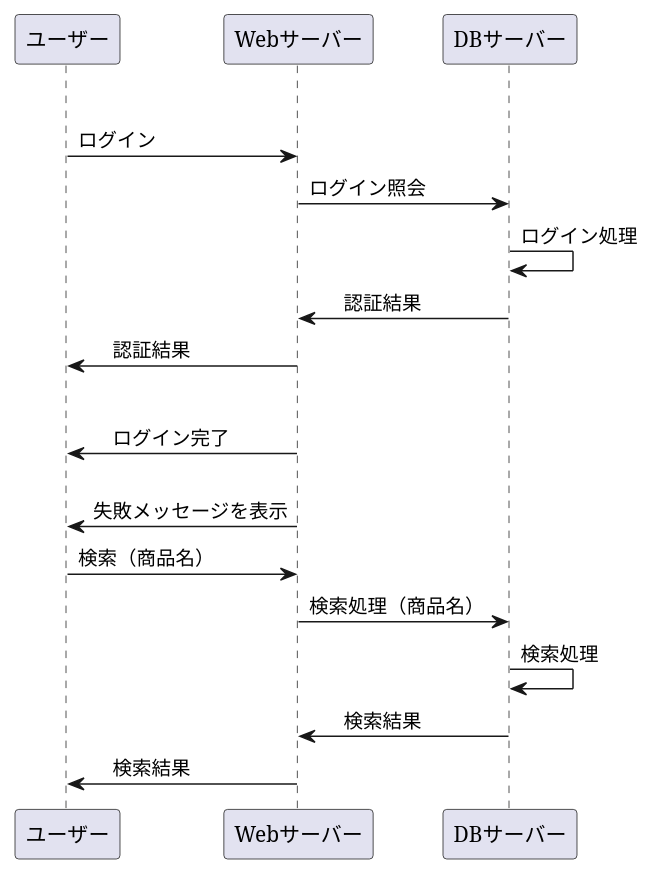
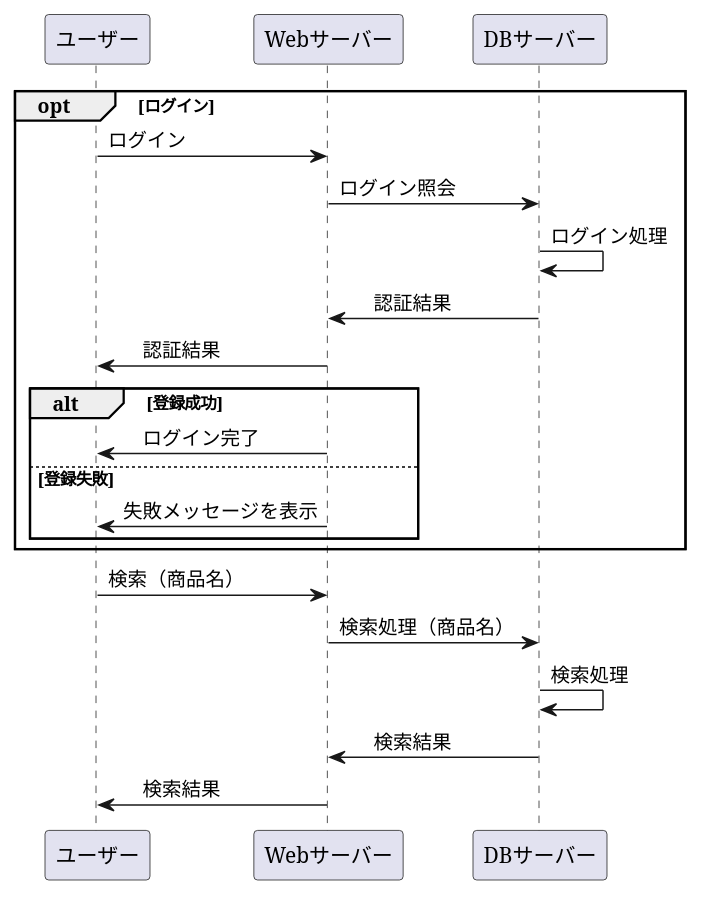
Before and after one commit to Aso2101121/2021sys-design: the diagram in sampleGH.md, drawn with PlantUML.

````diff
--- a/sampleGH.md
+++ b/sampleGH.md
@@ -1,22 +1,25 @@
 ```uml
 @startuml
 opt ログイン
 ユーザー -> Webサーバー : ログイン
 Webサーバー -> DBサーバー : ログイン照会
 DBサーバー -> DBサーバー : ログイン処理
 DBサーバー -> Webサーバー :　認証結果
 Webサーバー -> ユーザー :　認証結果
 
 alt 登録成功
 Webサーバー -> ユーザー :　ログイン完了 
 
 else 登録失敗
 Webサーバー -> ユーザー : 失敗メッセージを表示
 
+end
+end
+
 ユーザー -> Webサーバー : 検索（商品名）
 Webサーバー -> DBサーバー : 検索処理（商品名）
 DBサーバー -> DBサーバー : 検索処理
 DBサーバー -> Webサーバー :　検索結果
 Webサーバー -> ユーザー :　検索結果
 @enduml
 ```
````
